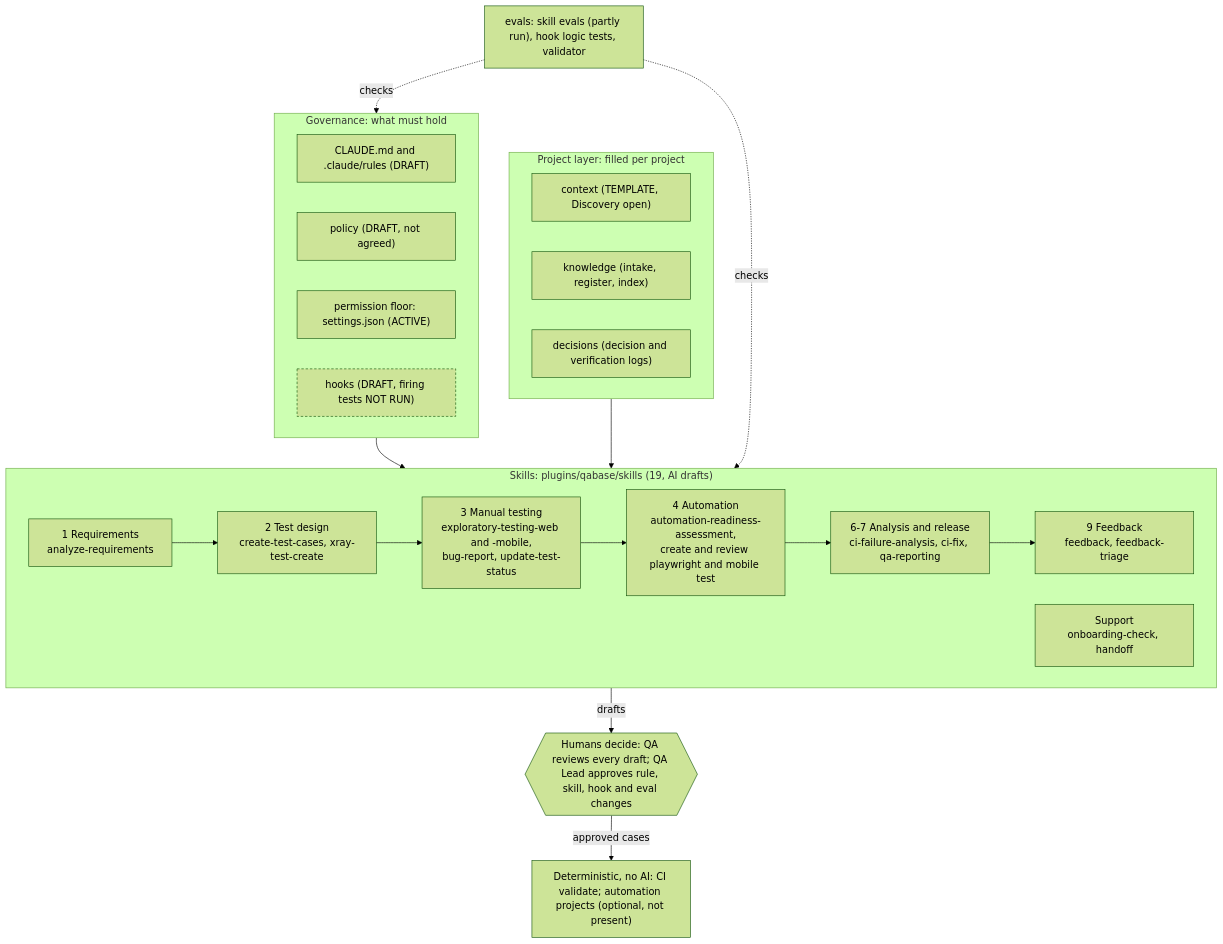
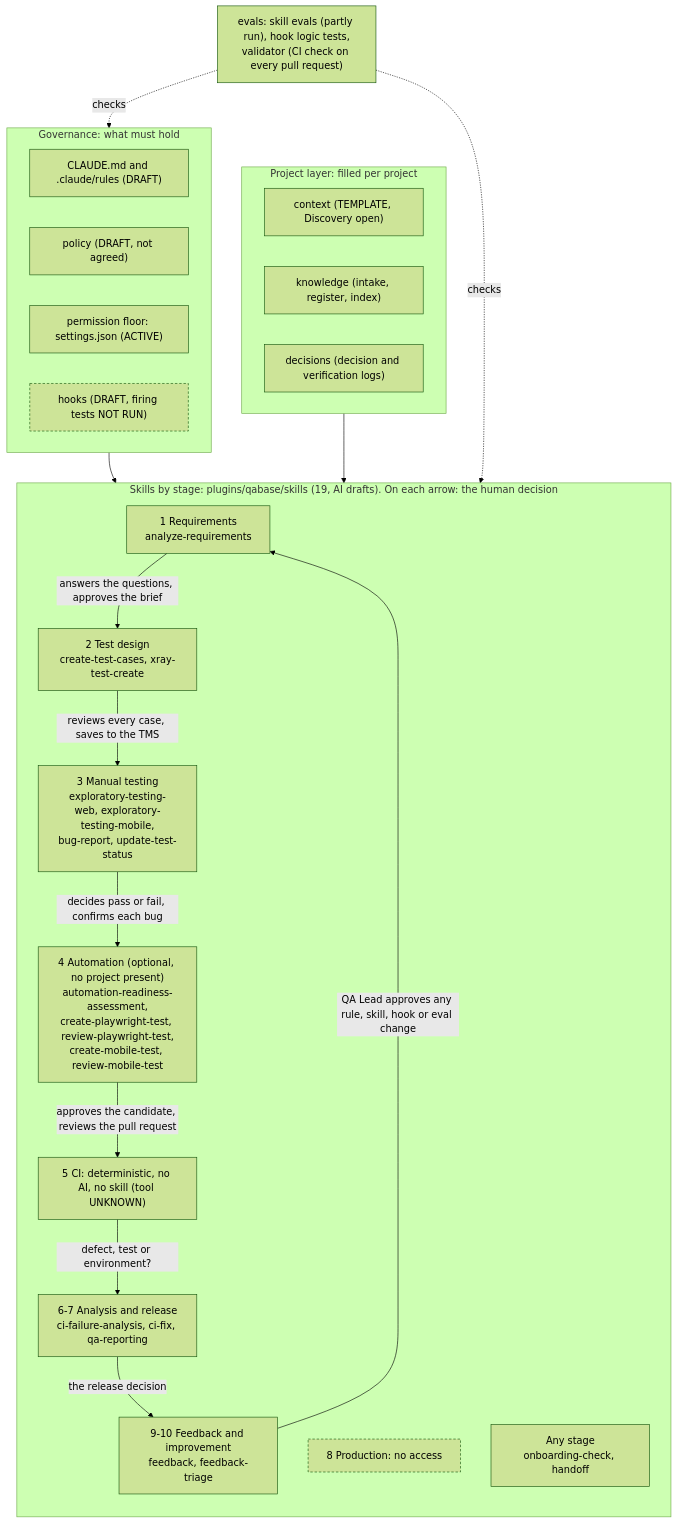
Before and after one commit to oleksandrkodua/AIQA-STLC-Concept: the diagram in README.md, drawn with Mermaid (forest theme). The commit also changed other lines of this file, not shown here.

Commit message:
docs: README diagram, one human decision per stage, stages 5 and 8 shown, feedback loop; CI validate moved to evals

````diff
--- a/README.md
+++ b/README.md
@@ -14,42 +14,45 @@
 ```mermaid
 flowchart TB
-  HUM{{"Humans decide: QA reviews every draft; QA Lead approves rule, skill, hook and eval changes"}}
+  EV["evals: skill evals (partly run), hook logic tests,<br/>validator (CI check on every pull request)"]
 
   subgraph GOV["Governance: what must hold"]
     direction LR
     CM["CLAUDE.md and .claude/rules (DRAFT)"]
     POL["policy (DRAFT, not agreed)"]
     PERM["permission floor: settings.json (ACTIVE)"]
     HK["hooks (DRAFT, firing tests NOT RUN)"]:::off
   end
 
   subgraph CTX["Project layer: filled per project"]
     direction LR
     CX["context (TEMPLATE, Discovery open)"]
     KN["knowledge (intake, register, index)"]
     DEC["decisions (decision and verification logs)"]
   end
 
-  subgraph SK["Skills: plugins/qabase/skills (19, AI drafts)"]
-    direction LR
+  subgraph SK["Skills by stage: plugins/qabase/skills (19, AI drafts). On each arrow: the human decision"]
+    direction TB
     S1["1 Requirements<br/>analyze-requirements"]
     S2["2 Test design<br/>create-test-cases, xray-test-create"]
-    S3["3 Manual testing<br/>exploratory-testing-web and -mobile,<br/>bug-report, update-test-status"]
-    S4["4 Automation<br/>automation-readiness-assessment,<br/>create and review playwright and mobile test"]
+    S3["3 Manual testing<br/>exploratory-testing-web, exploratory-testing-mobile,<br/>bug-report, update-test-status"]
+    S4["4 Automation (optional, no project present)<br/>automation-readiness-assessment,<br/>create-playwright-test, review-playwright-test,<br/>create-mobile-test, review-mobile-test"]
+    S5["5 CI: deterministic, no AI, no skill (tool UNKNOWN)"]
     S6["6-7 Analysis and release<br/>ci-failure-analysis, ci-fix, qa-reporting"]
-    S9["9 Feedback<br/>feedback, feedback-triage"]
-    SUP["Support<br/>onboarding-check, handoff"]
-    S1 --> S2 --> S3 --> S4 --> S6 --> S9
+    S9["9-10 Feedback and improvement<br/>feedback, feedback-triage"]
+    S8["8 Production: no access"]:::off
+    SUP["Any stage<br/>onboarding-check, handoff"]
+    S1 -->|"answers the questions, approves the brief"| S2
+    S2 -->|"reviews every case, saves to the TMS"| S3
+    S3 -->|"decides pass or fail, confirms each bug"| S4
+    S4 -->|"approves the candidate, reviews the pull request"| S5
+    S5 -->|"defect, test or environment?"| S6
+    S6 -->|"the release decision"| S9
+    S9 -->|"QA Lead approves any rule, skill, hook or eval change"| S1
   end
-
-  EV["evals: skill evals (partly run), hook logic tests, validator"]
-  DET["Deterministic, no AI: CI validate; automation projects (optional, not present)"]
 
   GOV --> SK
   CTX --> SK
-  SK -->|drafts| HUM
-  HUM -->|approved cases| DET
   EV -.checks.-> GOV
   EV -.checks.-> SK
   classDef off stroke-dasharray: 4 3;
 ```
````
